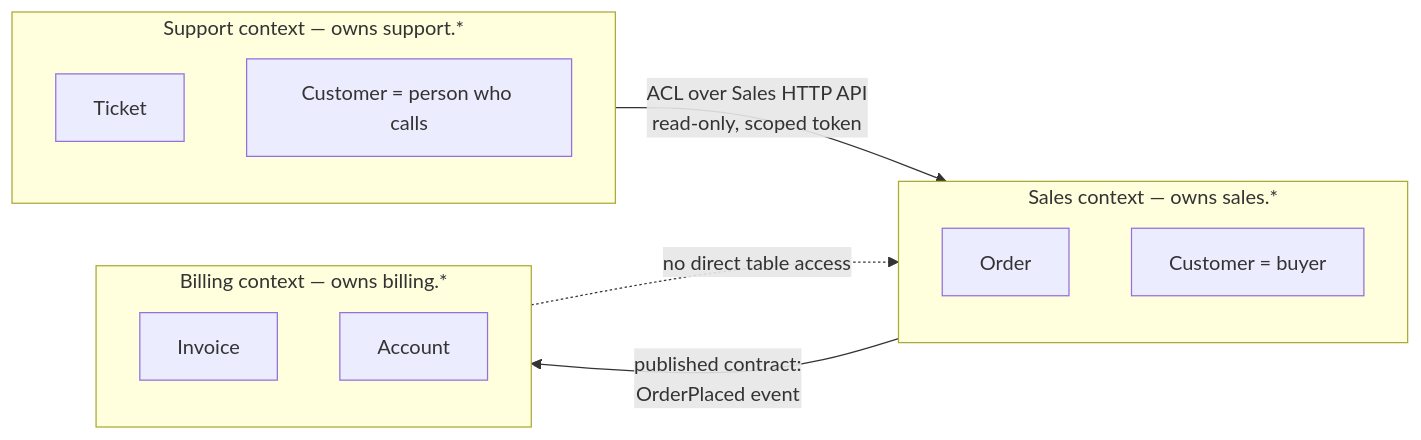
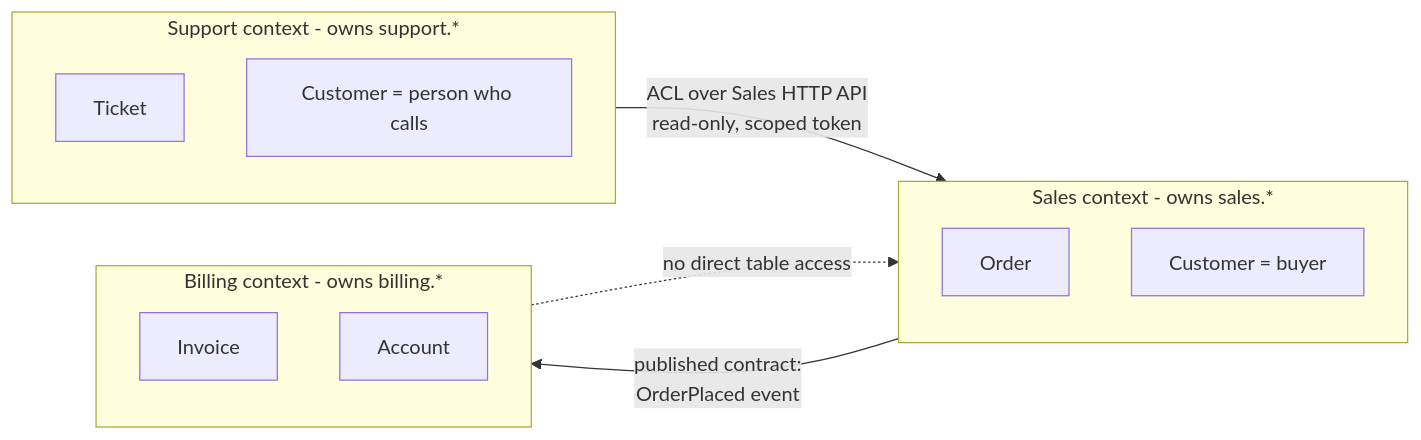
One commit to nyanko-desuwa/Secure-AI-Toolkit changed the first of 2 diagrams in skills/architecture/ddd/best-practices.md. Above: the diagram before and after it, drawn with Mermaid. The commit also changed other lines of this file and 414 other files, not shown here.

````diff
--- a/skills/architecture/ddd/best-practices.md
+++ b/skills/architecture/ddd/best-practices.md
@@ -14,18 +14,18 @@
 ```mermaid
 graph LR
-  subgraph Sales["Sales context — owns sales.* "]
+  subgraph Sales["Sales context - owns sales.* "]
     SO[Order]
     SC[Customer = buyer]
   end
-  subgraph Support["Support context — owns support.*"]
+  subgraph Support["Support context - owns support.*"]
     ST[Ticket]
     SU[Customer = person who calls]
   end
-  subgraph Billing["Billing context — owns billing.*"]
+  subgraph Billing["Billing context - owns billing.*"]
     BI[Invoice]
     BA[Account]
   end
   Sales -->|"published contract:<br/>OrderPlaced event"| Billing
   Support -->|"ACL over Sales HTTP API<br/>read-only, scoped token"| Sales
   Billing -.->|"no direct table access"| Sales
 ```
````
